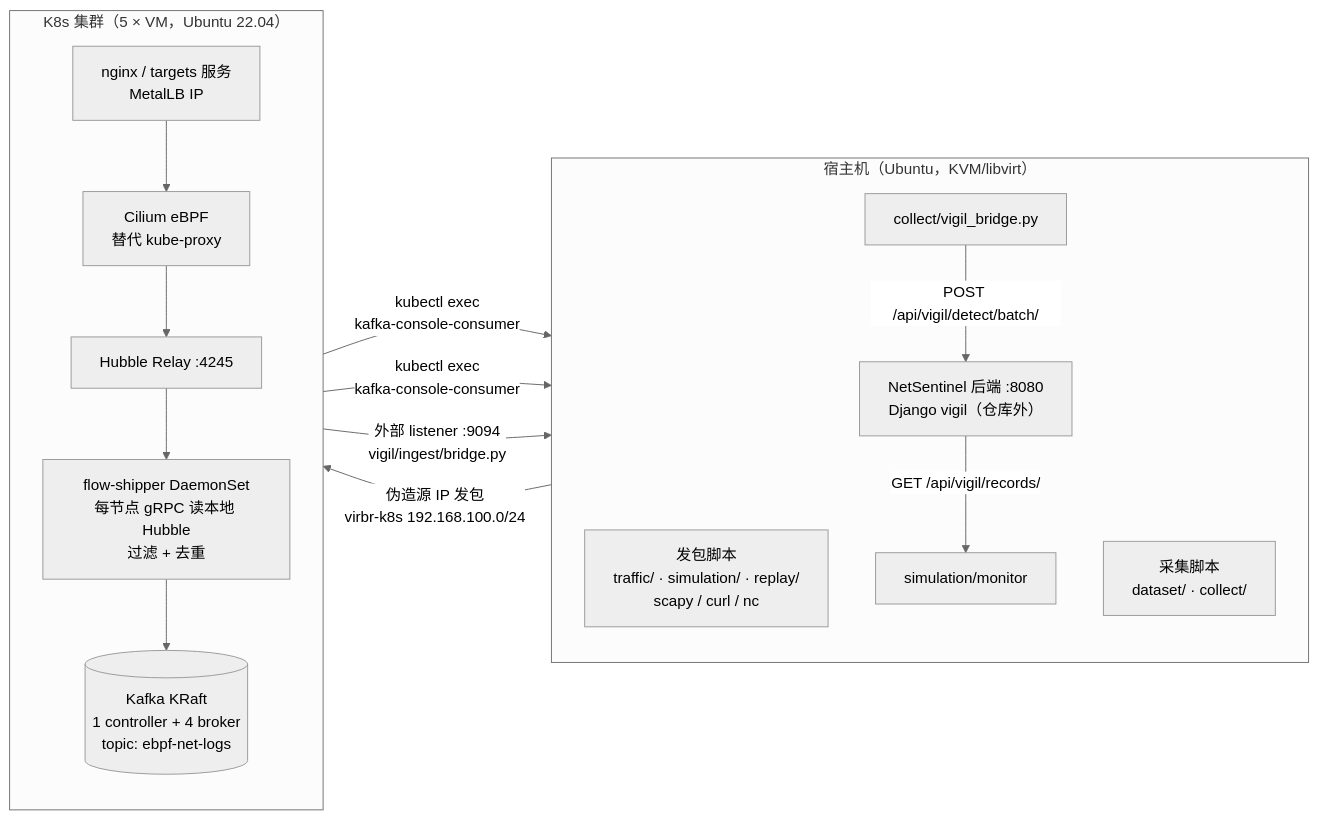
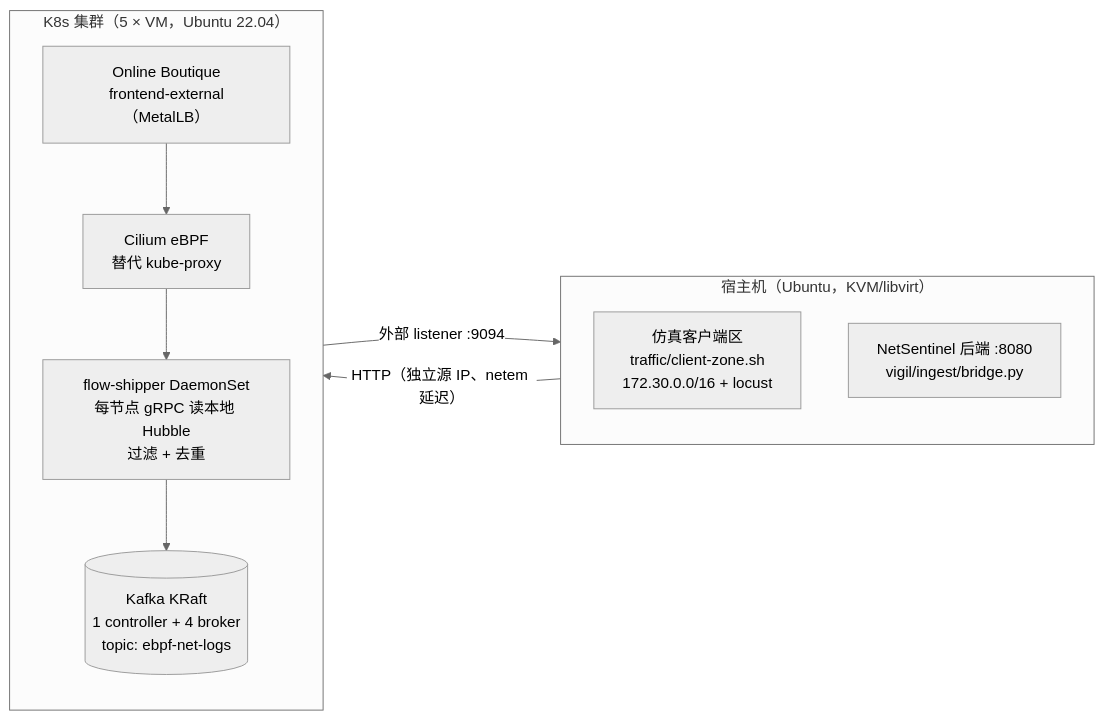
Before and after one commit to knet-lab/knettf: the diagram in lab/README.md, drawn with Mermaid (neutral theme). The commit also changed other lines of this file and 42 other files, not shown here.

````diff
--- a/lab/README.md
+++ b/lab/README.md
@@ -17,28 +17,20 @@
 ```mermaid
 flowchart LR
     subgraph HOST["宿主机（Ubuntu，KVM/libvirt）"]
         direction TB
-        GEN["发包脚本<br/>traffic/ · simulation/ · replay/<br/>scapy / curl / nc"]
-        COL["采集脚本<br/>dataset/ · collect/"]
-        BRG["collect/vigil_bridge.py"]
-        MON["simulation/monitor"]
-        NS["NetSentinel 后端 :8080<br/>Django vigil（仓库外）"]
+        CZ["仿真客户端区<br/>traffic/client-zone.sh<br/>172.30.0.0/16 + locust"]
+        NS["NetSentinel 后端 :8080<br/>vigil/ingest/bridge.py"]
     end
 
     subgraph K8S["K8s 集群（5 × VM，Ubuntu 22.04）"]
         direction TB
-        SVC["nginx / targets 服务<br/>MetalLB IP"]
+        SVC["Online Boutique<br/>frontend-external（MetalLB）"]
         CIL["Cilium eBPF<br/>替代 kube-proxy"]
-        HUB["Hubble Relay :4245"]
         VEC["flow-shipper DaemonSet<br/>每节点 gRPC 读本地 Hubble<br/>过滤 + 去重"]
         KAF[("Kafka KRaft<br/>1 controller + 4 broker<br/>topic: ebpf-net-logs")]
-        SVC --> CIL --> HUB --> VEC --> KAF
+        SVC --> CIL --> VEC --> KAF
     end
 
-    GEN -- "伪造源 IP 发包<br/>virbr-k8s 192.168.100.0/24" --> SVC
-    KAF -- "kubectl exec<br/>kafka-console-consumer" --> COL
-    KAF -- "kubectl exec<br/>kafka-console-consumer" --> BRG
-    KAF -- "外部 listener :9094<br/>vigil/ingest/bridge.py" --> NS
-    BRG -- "POST /api/vigil/detect/batch/" --> NS
-    NS -- "GET /api/vigil/records/" --> MON
+    CZ -- "HTTP（独立源 IP、netem 延迟）" --> SVC
+    KAF -- "外部 listener :9094" --> NS
 ```
````
